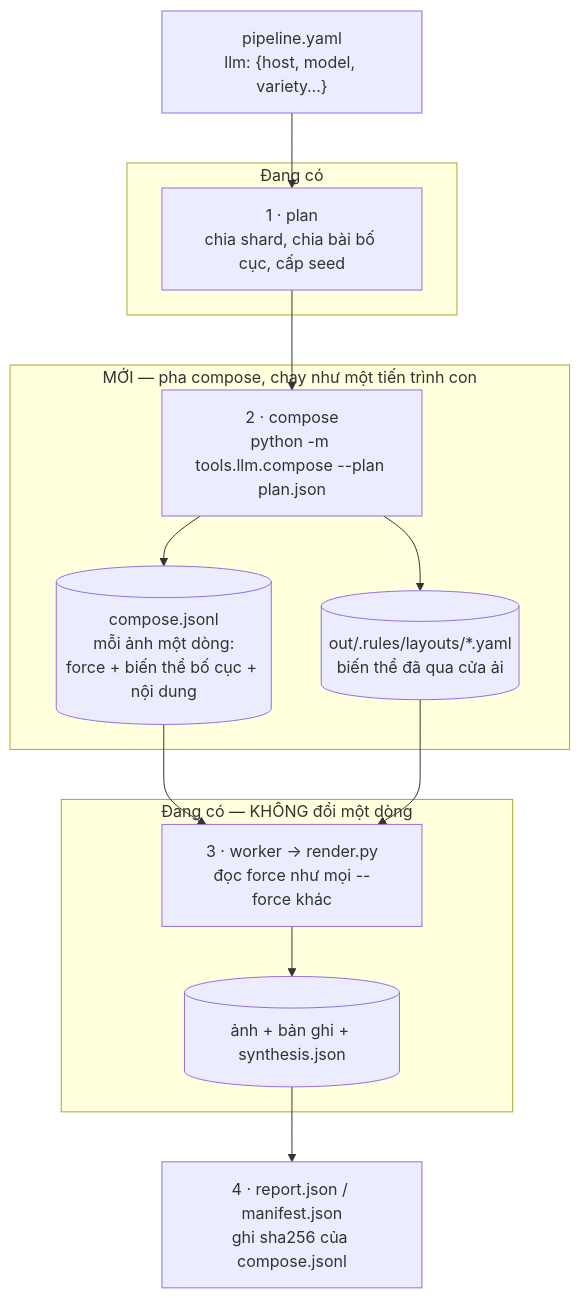
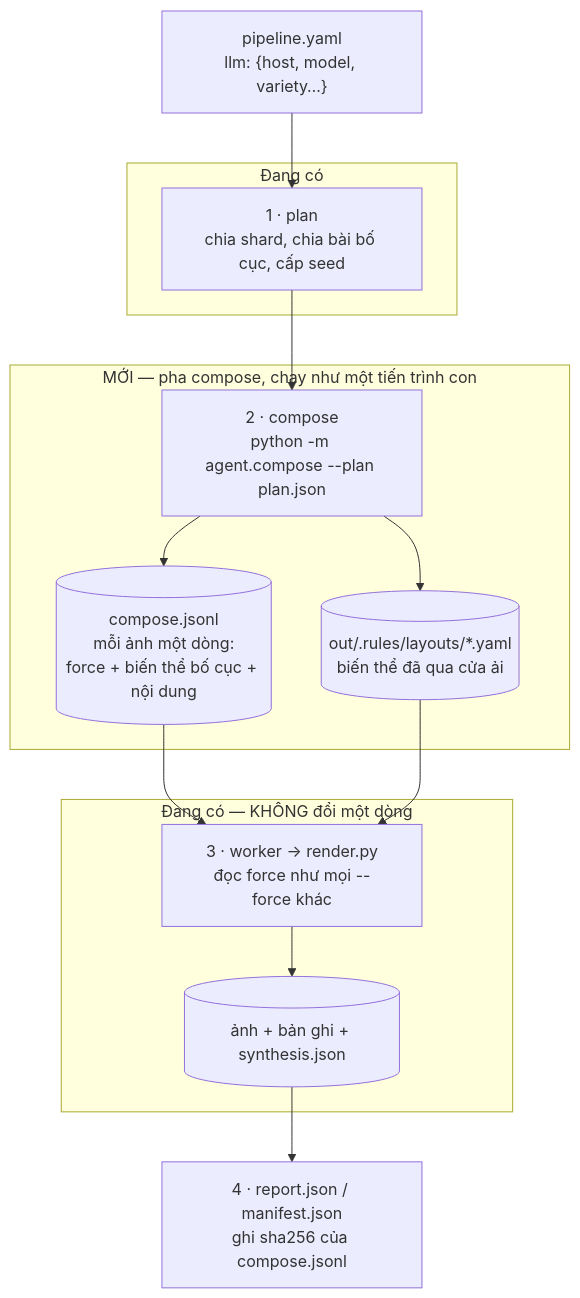
The diagram in docs/llm-in-pipeline.md (LinhPhuong14/vlm-ocr-synthetic), drawn with Mermaid before and after one commit. The commit also changed other lines of this file and 19 other files, not shown here.

````diff
--- a/docs/llm-in-pipeline.md
+++ b/docs/llm-in-pipeline.md
@@ -39,22 +39,22 @@
 ```mermaid
 flowchart TD
     C["pipeline.yaml<br/>llm: {host, model, variety…}"] --> P
 
     subgraph now ["Đang có"]
         P["1 · plan<br/>chia shard, chia bài bố cục, cấp seed"]
     end
 
     subgraph new ["MỚI — pha compose, chạy như một tiến trình con"]
-        P --> L["2 · compose<br/>python -m tools.llm.compose --plan plan.json"]
+        P --> L["2 · compose<br/>python -m agent.compose --plan plan.json"]
         L --> LG[("compose.jsonl<br/>mỗi ảnh một dòng:<br/>force + biến thể bố cục + nội dung")]
         L --> LV[("out/.rules/layouts/*.yaml<br/>biến thể đã qua cửa ải")]
     end
 
     subgraph draw ["Đang có — KHÔNG đổi một dòng"]
         LG --> W["3 · worker → render.py<br/>đọc force như mọi --force khác"]
         LV --> W
         W --> O[("ảnh + bản ghi + synthesis.json")]
     end
 
     O --> R["4 · report.json / manifest.json<br/>ghi sha256 của compose.jsonl"]
 ```
````
